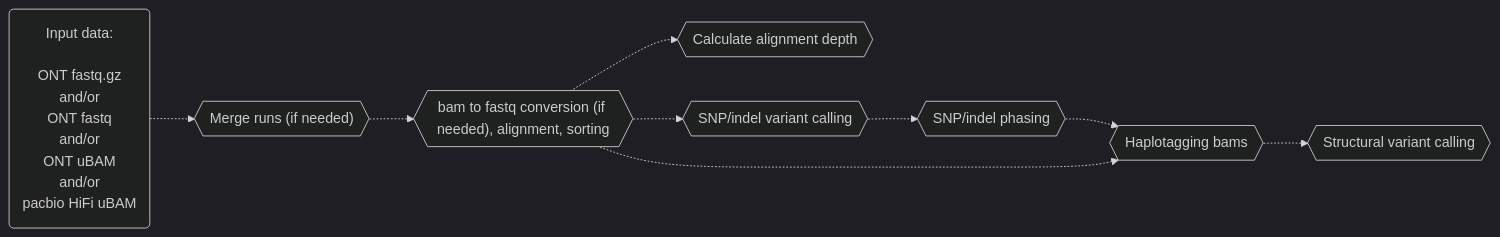
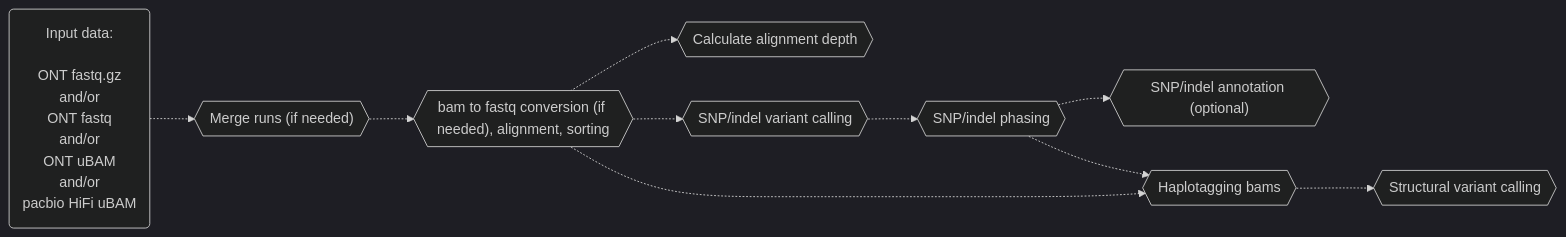
Before and after one commit to leahkemp/pipeface: the first of 2 diagrams in README.md, drawn with Mermaid. The commit also changed other lines of this file and 5 other files, not shown here.

````diff
--- a/README.md
+++ b/README.md
@@ -16,18 +16,20 @@
 ```mermaid
 %%{init: {'theme':'dark'}}%%
 flowchart LR
 
 input_data("Input data: <br><br> ONT fastq.gz <br> and/or <br> ONT fastq <br> and/or <br> ONT uBAM <br> and/or <br> pacbio HiFi uBAM")
 merging{{"Merge runs (if needed)"}}
 alignment{{"bam to fastq conversion (if needed), alignment, sorting"}}
 depth{{"Calculate alignment depth"}}
 snp_indel_calling{{"SNP/indel variant calling"}}
 snp_indel_phasing{{"SNP/indel phasing"}}
+snp_indel_annotation{{"SNP/indel annotation (optional)"}}
 haplotagging{{"Haplotagging bams"}}
 sv_calling{{"Structural variant calling"}}
 
 input_data-.->merging-.->alignment-.->snp_indel_calling-.->snp_indel_phasing-.->haplotagging-.->sv_calling
 alignment-.->depth
 alignment-.->haplotagging
+snp_indel_phasing-.->snp_indel_annotation
 
 ```
````
